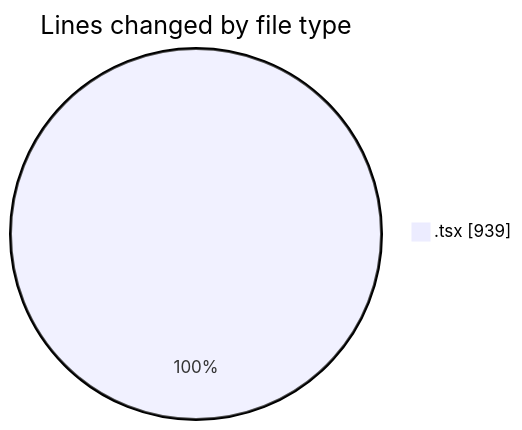
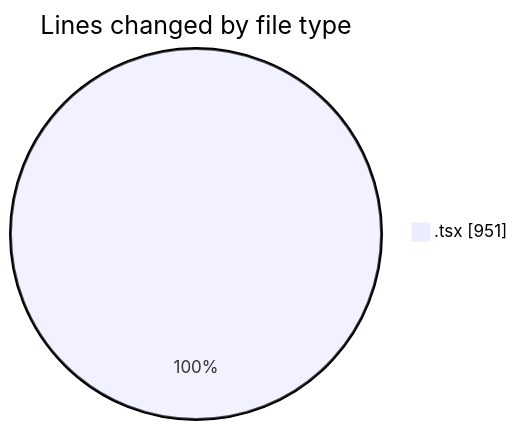
The first of 2 diagrams in 2025-06-17/cda/README.md (momahboobian/code-tracking), drawn with Mermaid before and after one commit. The commit also changed other lines of this file and 1 other file, not shown here.

````diff
--- a/2025-06-17/cda/README.md
+++ b/2025-06-17/cda/README.md
@@ -21,5 +21,5 @@
 ```mermaid
 pie showData
 title Lines changed by file type
-".tsx" : 939
+".tsx" : 951
 ```
````
